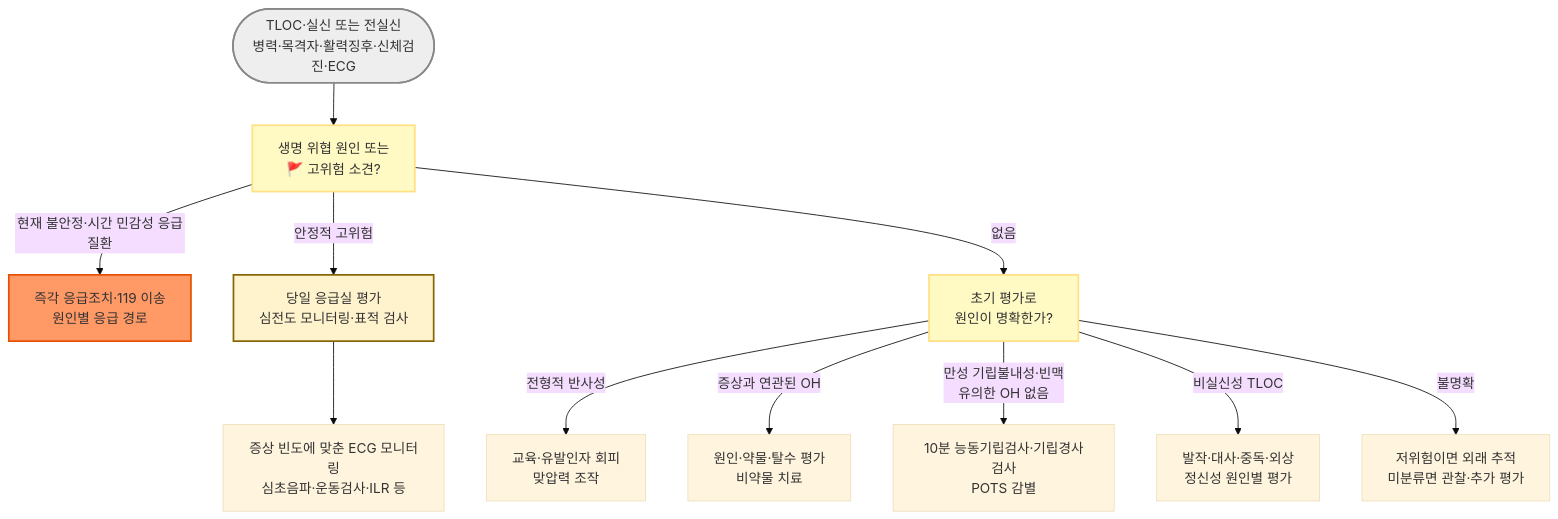
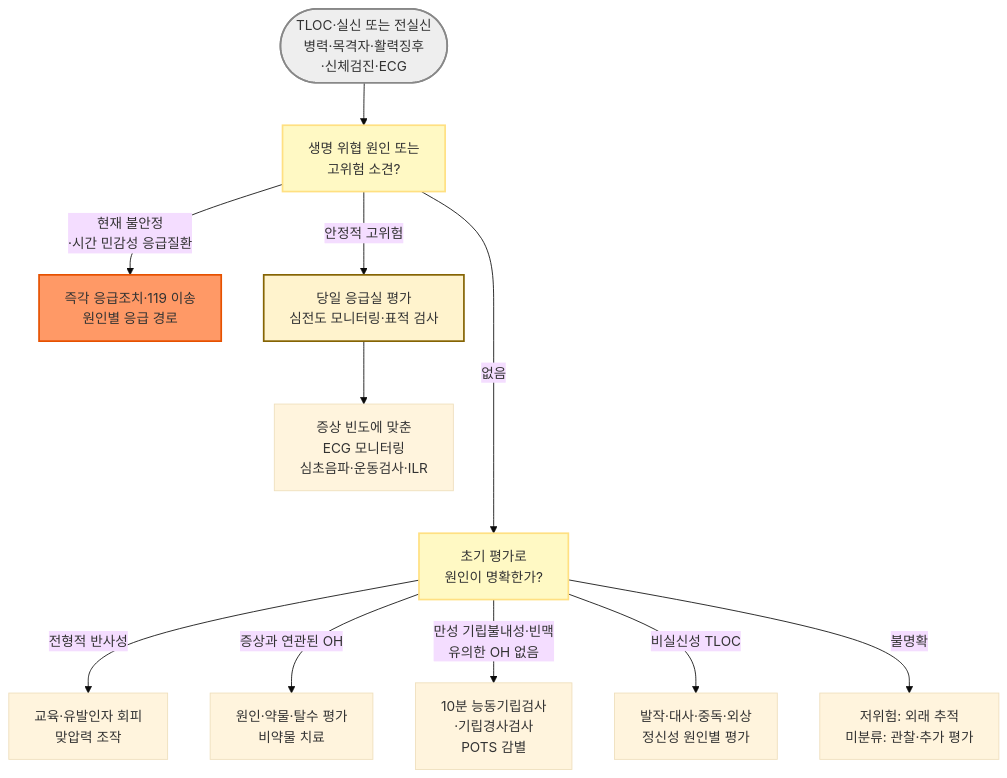
Before and after one commit to familyoh77/familyoh77: the diagram in 221_/021_-syncope.md, drawn with Mermaid (base theme). The commit also changed other lines of this file, not shown here.

````diff
--- a/221_/021_-syncope.md
+++ b/221_/021_-syncope.md
@@ -125,18 +132,18 @@
 ```mermaid
 graph TD
-    Start([TLOC·실신 또는 전실신<br/>병력·목격자·활력징후·신체검진·ECG]) --> S1["생명 위협 원인 또는<br/>🚩 고위험 소견?"]
-    S1 -->|현재 불안정·시간 민감성 응급질환| Emergency[즉각 응급조치·119 이송<br/>원인별 응급 경로]
+    Start([TLOC·실신 또는 전실신<br/>병력·목격자·활력징후<br/>·신체검진·ECG]) --> S1["생명 위협 원인 또는<br/> 고위험 소견?"]
+    S1 -->|현재 불안정<br/>·시간 민감성 응급질환| Emergency[즉각 응급조치·119 이송<br/>원인별 응급 경로]
     S1 -->|안정적 고위험| High[당일 응급실 평가<br/>심전도 모니터링·표적 검사]
-    S1 -->|없음| S2["초기 평가로<br/>원인이 명확한가?"]
+    S1 ---->|없음| S2["초기 평가로<br/>원인이 명확한가?"]
     S2 -->|전형적 반사성| Reflex[교육·유발인자 회피<br/>맞압력 조작]
     S2 -->|증상과 연관된 OH| Orthostatic[원인·약물·탈수 평가<br/>비약물 치료]
-    S2 -->|만성 기립불내성·빈맥<br/>유의한 OH 없음| POTS[10분 능동기립검사·기립경사검사<br/>POTS 감별]
+    S2 -->|만성 기립불내성·빈맥<br/>유의한 OH 없음| POTS[10분 능동기립검사<br/>·기립경사검사<br/>POTS 감별]
     S2 -->|비실신성 TLOC| Other[발작·대사·중독·외상<br/>정신성 원인별 평가]
-    S2 -->|불명확| Observe[저위험이면 외래 추적<br/>미분류면 관찰·추가 평가]
-    High --> Monitor[증상 빈도에 맞춘 ECG 모니터링<br/>심초음파·운동검사·ILR 등]
+    S2 -->|불명확| Observe[저위험: 외래 추적<br/>미분류: 관찰·추가 평가]
+    High --> Monitor[증상 빈도에 맞춘 <br/>ECG 모니터링<br/>심초음파·운동검사·ILR]
     style Emergency fill:#f96,stroke:#e65100,stroke-width:2px
     style High fill:#fff3cd,stroke:#856404,stroke-width:2px
     style Start fill:#eeeeee,stroke:#888888,stroke-width:2px
     style S1 fill:#fff9c4,stroke:#ffe082,stroke-width:2px
     style S2 fill:#fff9c4,stroke:#ffe082,stroke-width:2px
 ```
````
